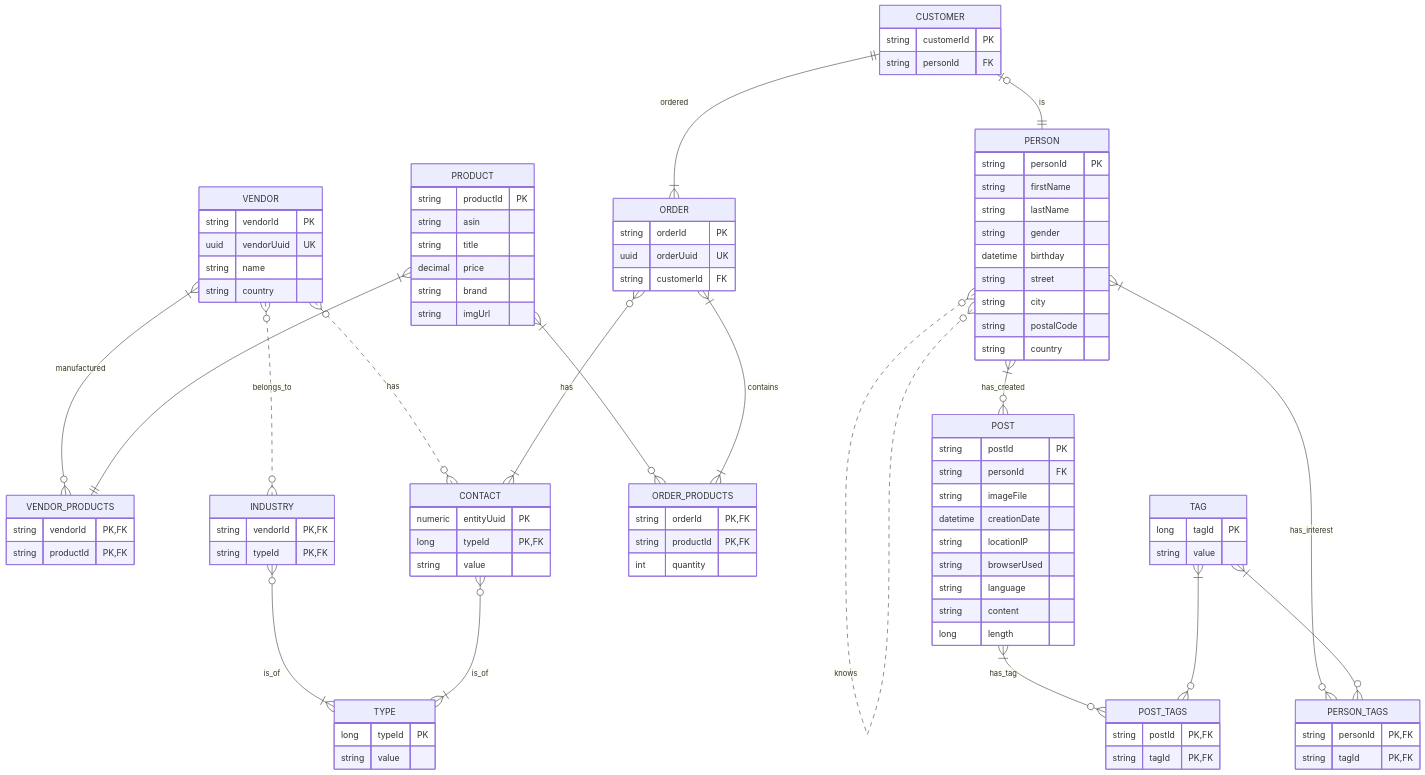
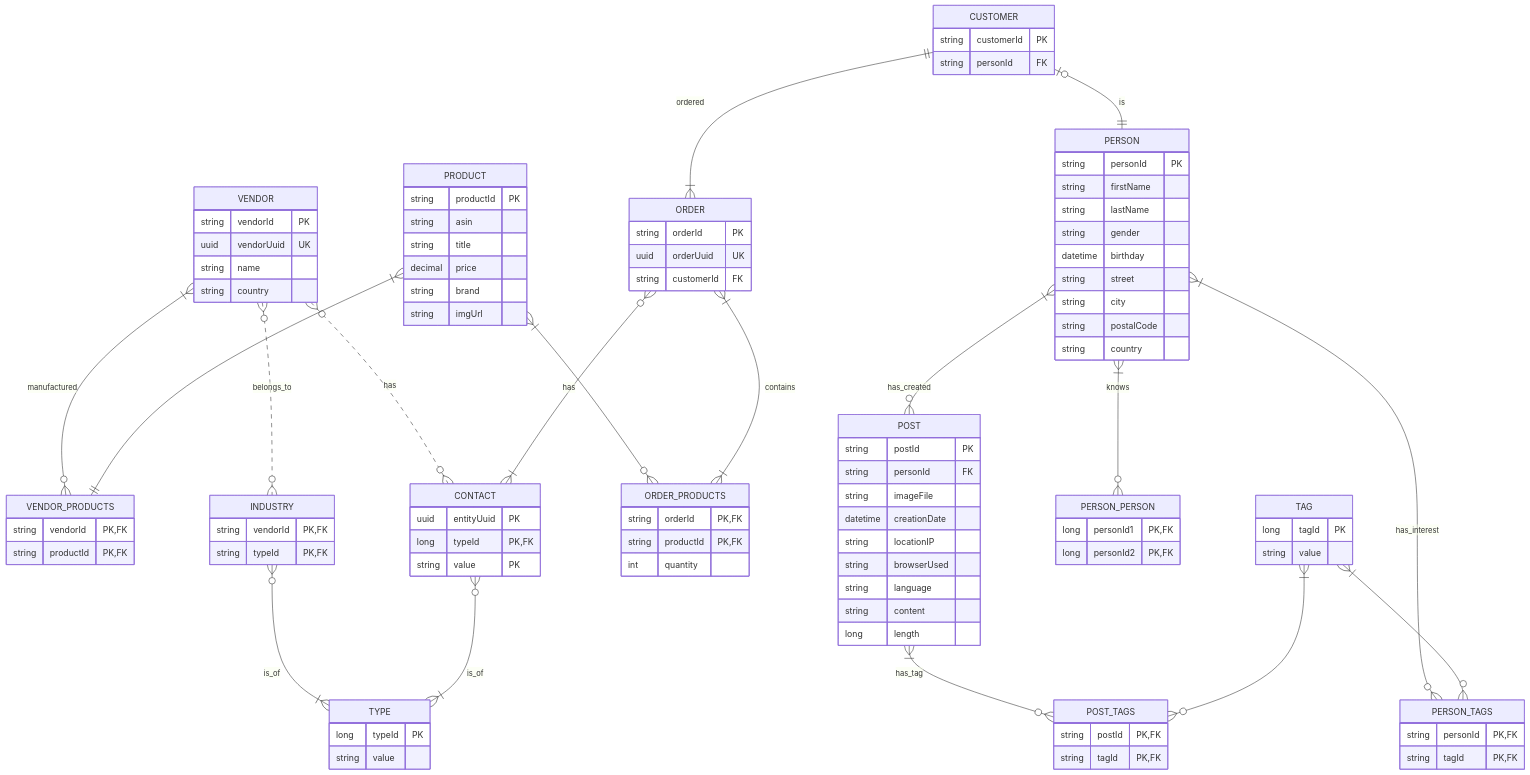
One commit to corovcam/Query-Languages-Analysis-Thesis changed the first of 2 diagrams in docs/schema.md. Above: the diagram before and after it, drawn with Mermaid. The commit also changed other lines of this file and 12 other files, not shown here.

Commit message:
Modify schemas, data, diagrams; change line endings

```diff
--- a/docs/schema.md
+++ b/docs/schema.md
@@ -17,9 +19,9 @@
     ORDER }|--|{ ORDER_PRODUCTS : "contains"
     ORDER }o--|{ CONTACT : "has"
 
-    PERSON }o..o{ PERSON : "knows"
     PERSON }|--o{ POST : "has_created"
     PERSON }|--o{ PERSON_TAGS : "has_interest"
+    PERSON }|--o{ PERSON_PERSON : "knows"
 
     POST }|--o{ POST_TAGS : "has_tag"
 
@@ -48,9 +50,9 @@
     }
 
     CONTACT {
-        numeric entityUuid PK
+        uuid entityUuid PK
         long typeId PK, FK
-        string value
+        string value PK
     }
 
     INDUSTRY {
@@ -97,6 +99,11 @@
         string country
     }
 
+    PERSON_PERSON {
+        long personId1 PK, FK
+        long personId2 PK, FK
+    }
+
     PERSON_TAGS {
         string personId PK, FK
         string tagId PK, FK
```
